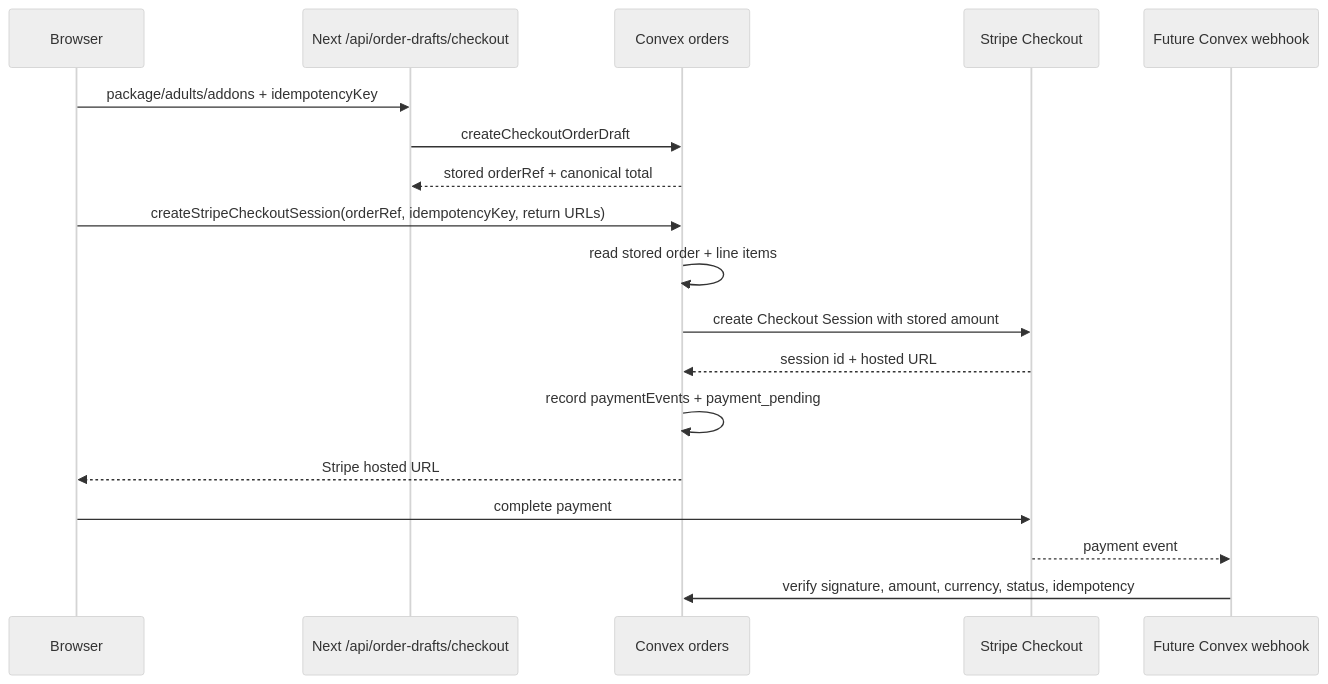
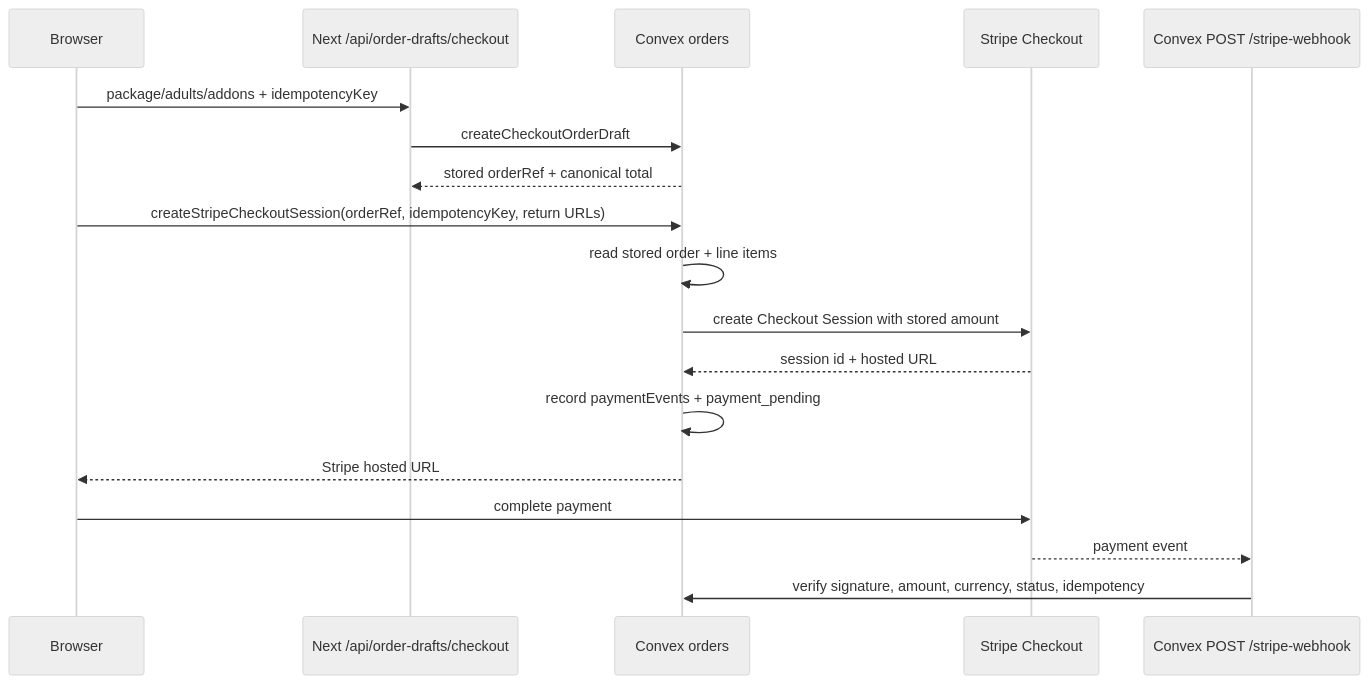
One commit to junyengit/skyla changed the diagram in docs/runbooks/stripe-checkout-cutover.md. Above: the diagram before and after it, drawn with Mermaid (neutral theme). The commit also changed other lines of this file and 14 other files, not shown here.

Commit message:
Add Convex Stripe webhook reconciliation

````diff
--- a/docs/runbooks/stripe-checkout-cutover.md
+++ b/docs/runbooks/stripe-checkout-cutover.md
@@ -30,21 +34,21 @@
 ```mermaid
 sequenceDiagram
   participant Browser
   participant Next as Next /api/order-drafts/checkout
   participant Convex as Convex orders
   participant Stripe as Stripe Checkout
-  participant Webhook as Future Convex webhook
+  participant Webhook as Convex POST /stripe-webhook
 
   Browser->>Next: package/adults/addons + idempotencyKey
   Next->>Convex: createCheckoutOrderDraft
   Convex-->>Next: stored orderRef + canonical total
   Browser->>Convex: createStripeCheckoutSession(orderRef, idempotencyKey, return URLs)
   Convex->>Convex: read stored order + line items
   Convex->>Stripe: create Checkout Session with stored amount
   Stripe-->>Convex: session id + hosted URL
   Convex->>Convex: record paymentEvents + payment_pending
   Convex-->>Browser: Stripe hosted URL
   Browser->>Stripe: complete payment
   Stripe-->>Webhook: payment event
   Webhook->>Convex: verify signature, amount, currency, status, idempotency
 ```
````
